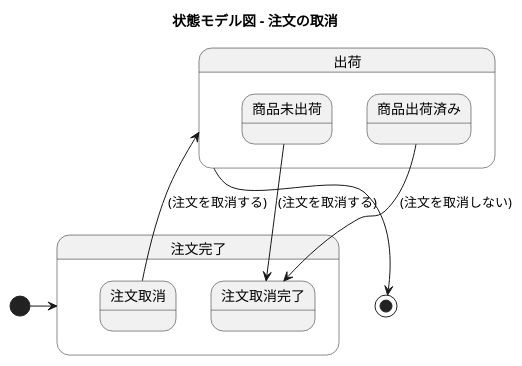
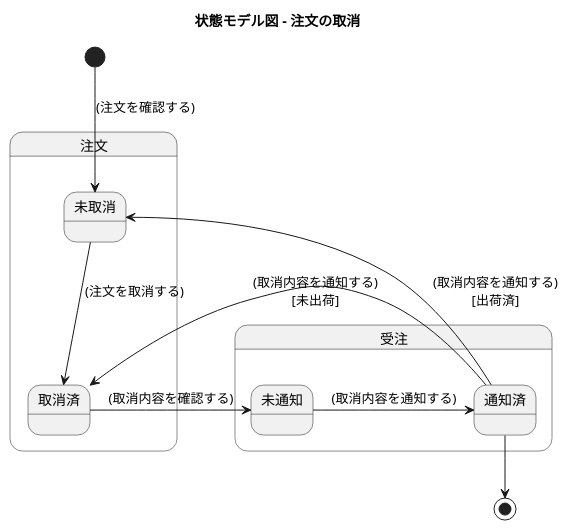
One commit to k2works/application_programing_excercise_2022 changed diagram 39 of 49 in docs/index.adoc. Above: the diagram before and after it, drawn with PlantUML. The commit also changed other lines of this file, not shown here.

```diff
--- a/docs/index.adoc
+++ b/docs/index.adoc
@@ -1293,24 +1300,26 @@
 [plantuml]
 ----
 @startuml
 
 title 状態モデル図 - 注文の取消
 
-state 注文完了 {
-state 注文取消
-state 注文取消完了
+state 注文 {
+state 未取消
+state 取消済
 }
 
-state 出荷 {
-state 商品未出荷
-state 商品出荷済み
+state 受注 {
+state 未通知
+state 通知済
 }
 
-[*] -> 注文完了
-注文取消 --> 出荷: (注文を取消する)
-商品未出荷 --> 注文取消完了: (注文を取消する)
-商品出荷済み --> 注文取消完了: (注文を取消しない)
-出荷 --> [*]
+[*] --> 未取消 : (注文を確認する)
+未取消 --> 取消済 : (注文を取消する)
+取消済 --> 未通知 : (取消内容を確認する)
+未通知 -> 通知済 : (取消内容を通知する)
+通知済 -> 取消済 : (取消内容を通知する)\n[未出荷]
+通知済 -> 未取消 : (取消内容を通知する)\n[出荷済]
+通知済 --> [*]
 
 @enduml
 ----
```
